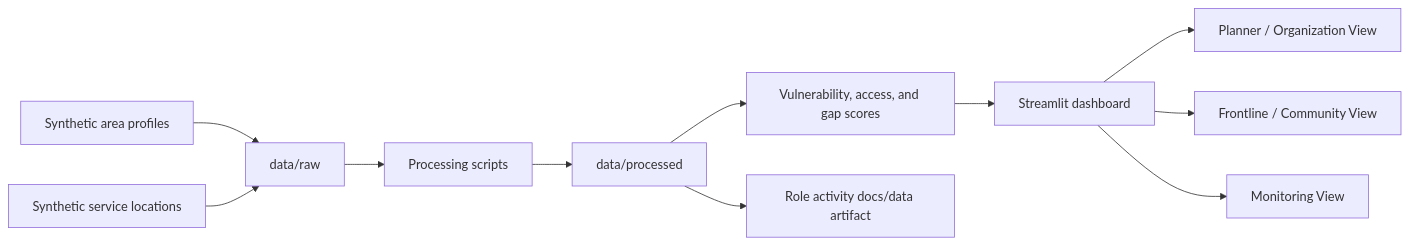
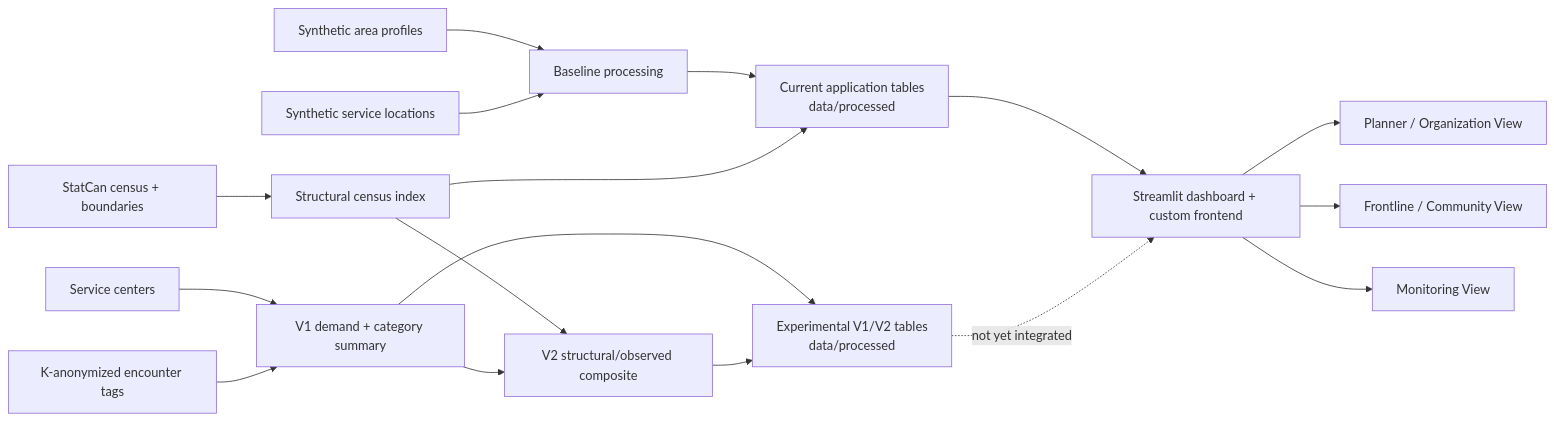
Before and after one commit to frondyff/comm_need_radar: the diagram in docs/architecture.md, drawn with Mermaid. The commit also changed other lines of this file and 171 other files, not shown here.

````diff
--- a/docs/architecture.md
+++ b/docs/architecture.md
@@ -5,13 +5,19 @@
 ```mermaid
 flowchart LR
-    RawAreas["Synthetic area profiles"] --> Raw["data/raw"]
-    RawServices["Synthetic service locations"] --> Raw
-    Raw --> Processing["Processing scripts"]
-    Processing --> Processed["data/processed"]
-    Processed --> Scores["Vulnerability, access, and gap scores"]
-    Scores --> Dashboard["Streamlit dashboard"]
+    RawAreas["Synthetic area profiles"] --> Base["Baseline processing"]
+    RawServices["Synthetic service locations"] --> Base
+    Census["StatCan census + boundaries"] --> Structural["Structural census index"]
+    Centers["Service centers"] --> Observed["V1 demand + category summary"]
+    Visits["K-anonymized encounter tags"] --> Observed
+    Structural --> V2["V2 structural/observed composite"]
+    Observed --> V2
+    Base --> Current["Current application tables\ndata/processed"]
+    Structural --> Current
+    Observed --> Experimental["Experimental V1/V2 tables\ndata/processed"]
+    V2 --> Experimental
+    Current --> Dashboard["Streamlit dashboard + custom frontend"]
     Dashboard --> Planner["Planner / Organization View"]
     Dashboard --> Frontline["Frontline / Community View"]
     Dashboard --> Monitoring["Monitoring View"]
-    Processed --> Activity["Role activity docs/data artifact"]
+    Experimental -.->|"not yet integrated"| Dashboard
 ```
````
